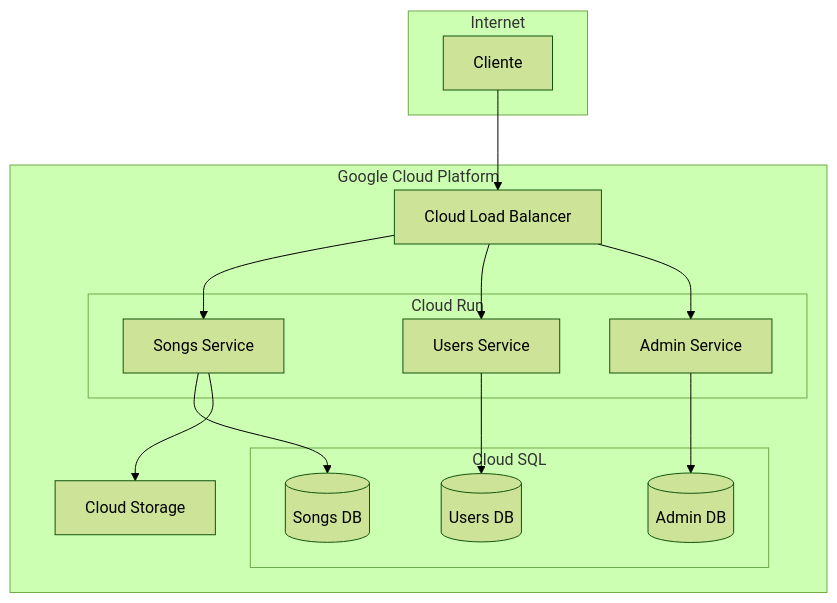
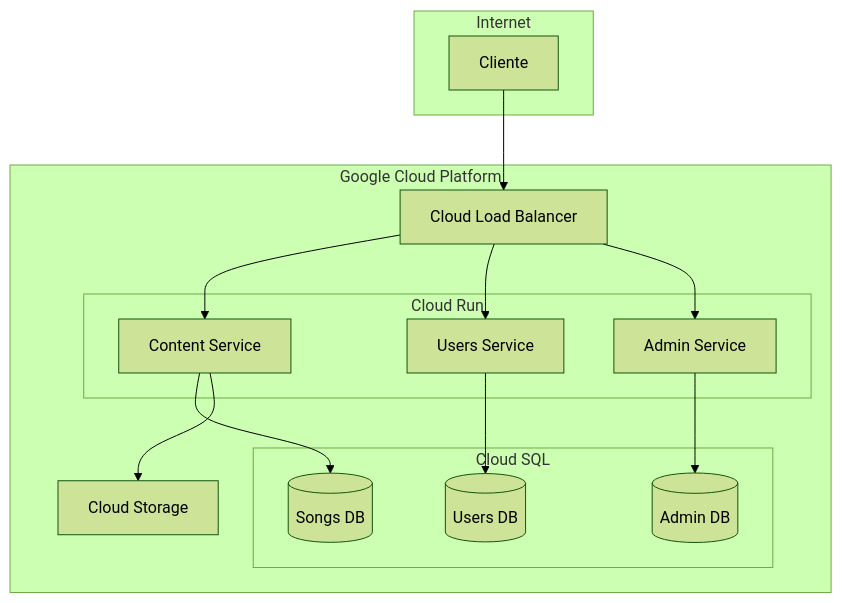
Before and after one commit to Melodia-FIUBA/docs: the second of 5 diagrams in docs/architecture.md, drawn with Mermaid (forest theme). The commit also changed other lines of this file and 9 other files, not shown here.

Commit message:
change songs service for content service

````diff
--- a/docs/architecture.md
+++ b/docs/architecture.md
@@ -93,33 +91,33 @@
 ```mermaid
 graph TB
     subgraph "Internet"
         Client[Cliente]
     end
 
     subgraph "Google Cloud Platform"
         LB[Cloud Load Balancer]
 
         subgraph "Cloud Run"
-            Songs[Songs Service]
+            Songs[Content Service]
             Users[Users Service]
             AdminSvc[Admin Service]
         end
 
         subgraph "Cloud SQL"
             SongsDB[(Songs DB)]
             UsersDB[(Users DB)]
             AdminDB[(Admin DB)]
         end
 
         GCS[Cloud Storage]
     end
 
     Client --> LB
     LB --> Songs
     LB --> Users
     LB --> AdminSvc
     Songs --> SongsDB
     Songs --> GCS
     Users --> UsersDB
     AdminSvc --> AdminDB
 ```
````
